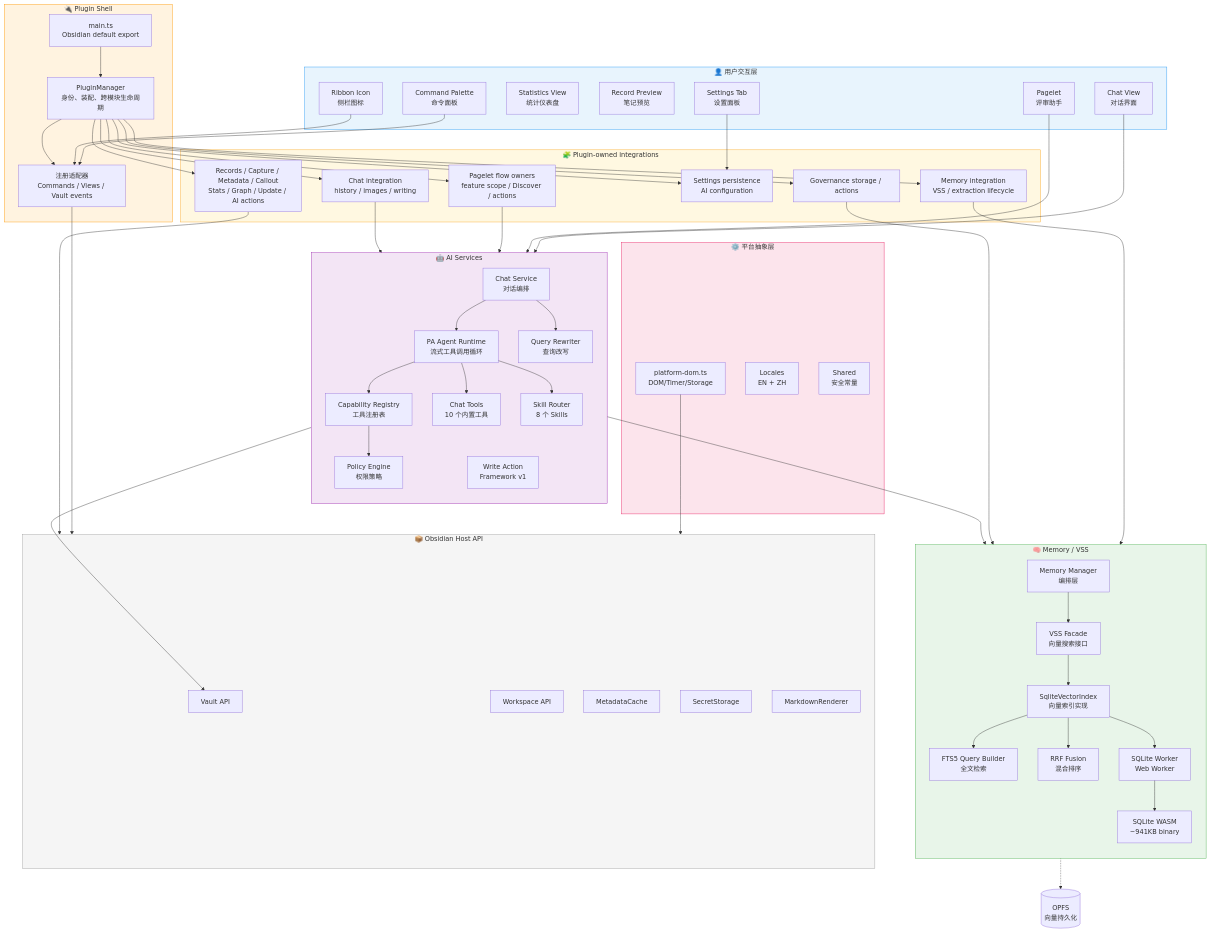
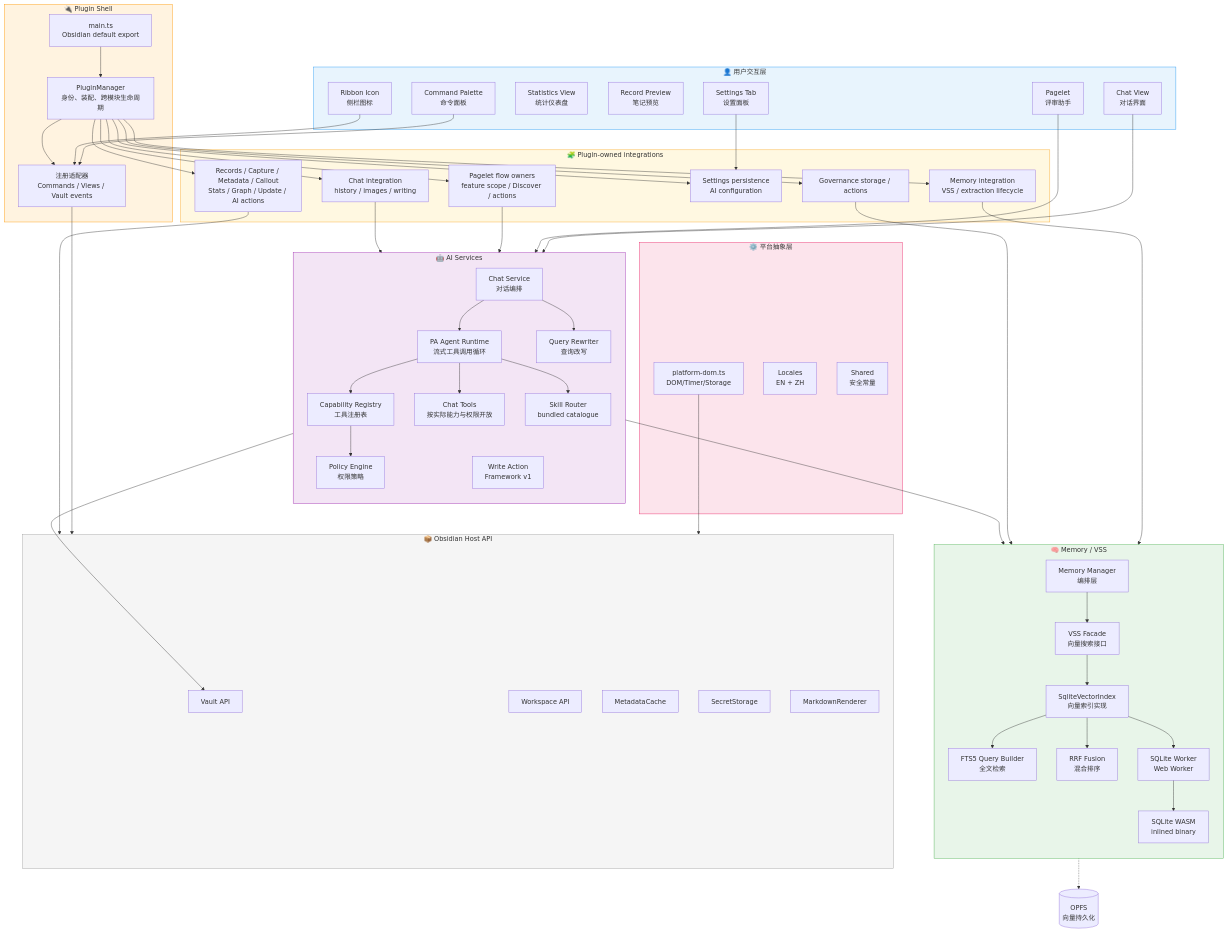
One commit to edonyzpc/personal-assistant changed the third of 14 diagrams in docs/architecture/architecture-overview.md. Above: the diagram before and after it, drawn with Mermaid. The commit also changed other lines of this file and 37 other files, not shown here.

```diff
--- a/docs/architecture/architecture-overview.md
+++ b/docs/architecture/architecture-overview.md
@@ -199,8 +206,8 @@
         AGENT[PA Agent Runtime<br/>流式工具调用循环]
         CAP[Capability Registry<br/>工具注册表]
         POL[Policy Engine<br/>权限策略]
-        TOOLS[Chat Tools<br/>10 个内置工具]
-        SKILLS[Skill Router<br/>8 个 Skills]
+        TOOLS[Chat Tools<br/>按实际能力与权限开放]
+        SKILLS[Skill Router<br/>bundled catalogue]
         QR[Query Rewriter<br/>查询改写]
         CS[Chat Service<br/>对话编排]
         WAF[Write Action<br/>Framework v1]
@@ -214,7 +221,7 @@
         FTS[FTS5 Query Builder<br/>全文检索]
         RRF[RRF Fusion<br/>混合排序]
         WORKER[SQLite Worker<br/>Web Worker]
-        WASM[SQLite WASM<br/>~941KB binary]
+        WASM[SQLite WASM<br/>inlined binary]
     end
 
     subgraph Platform["⚙️ 平台抽象层"]
```
